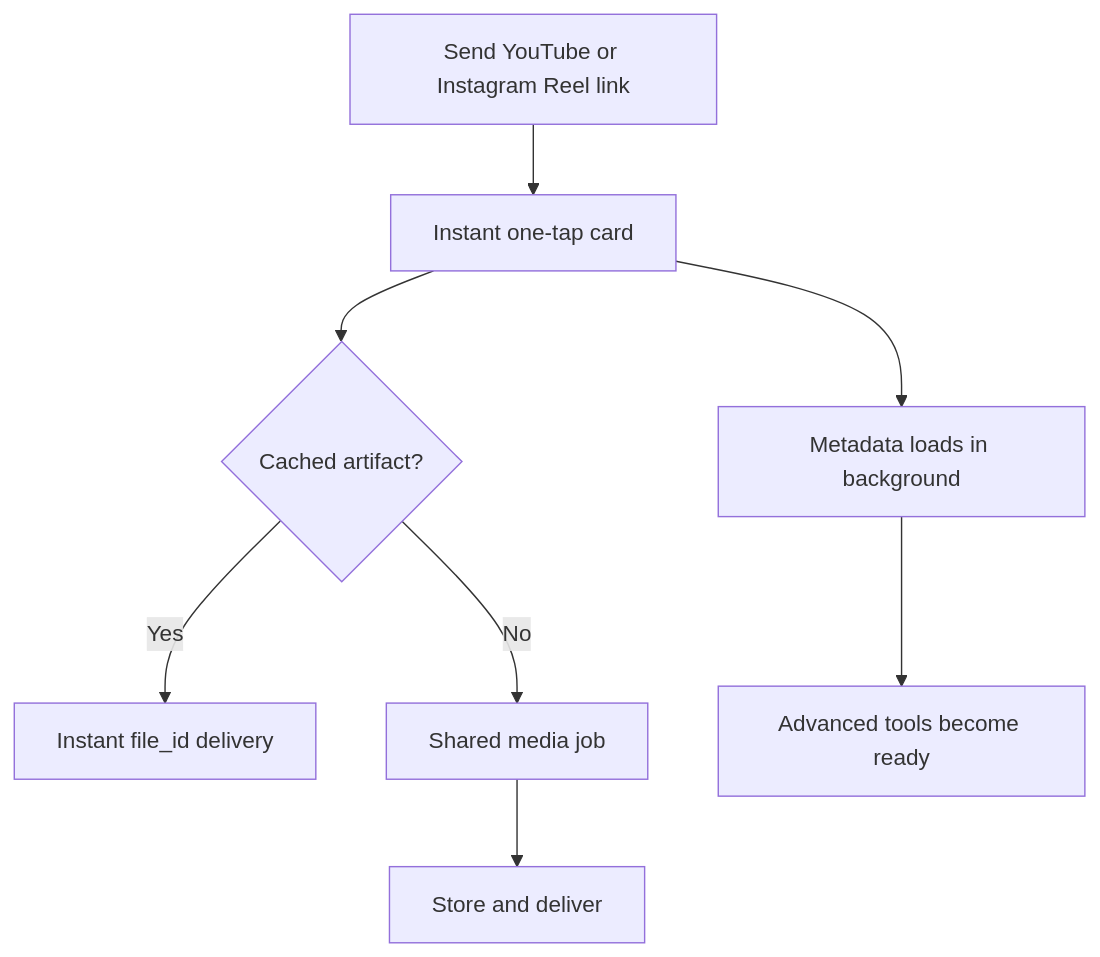
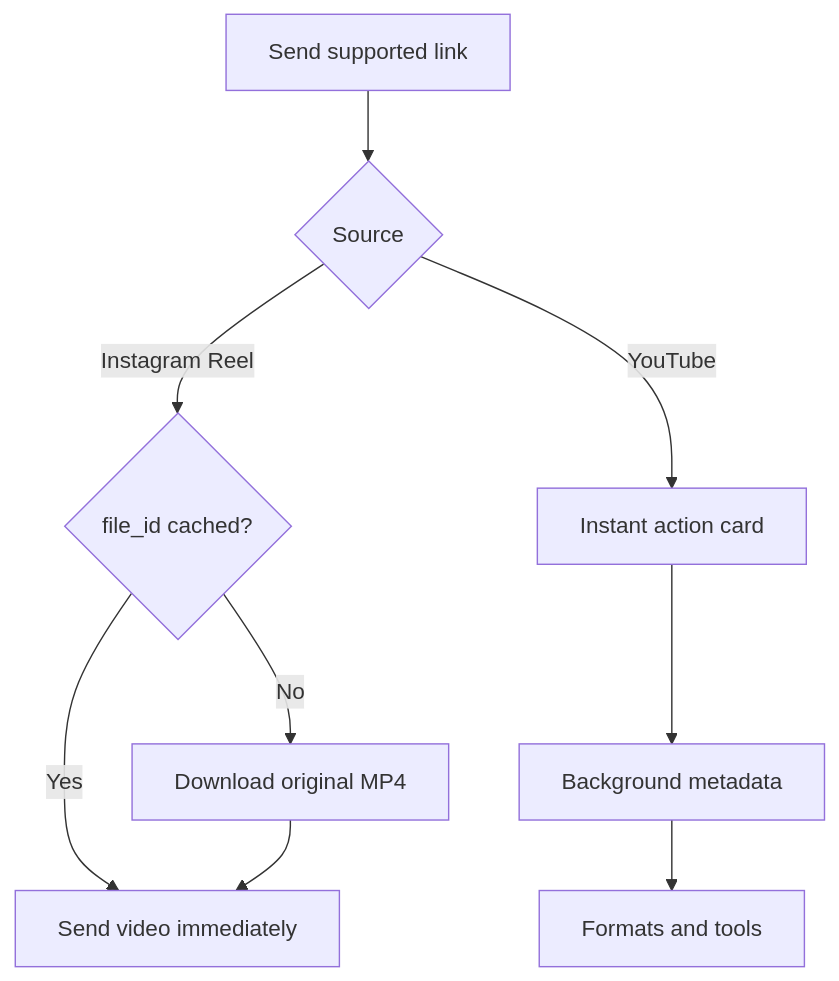
The first of 2 diagrams in README.md (aminov-nurmuhammad/TubeForge-Bot), drawn with Mermaid before and after one commit. The commit also changed other lines of this file and 21 other files, not shown here.

Commit message:
feat: deliver Instagram Reels instantly

````diff
--- a/README.md
+++ b/README.md
@@ -135,10 +137,11 @@
 ```mermaid
 flowchart TD
-    A["Send YouTube or Instagram Reel link"] --> B["Instant one-tap card"]
-    B --> C["Metadata loads in background"]
-    B --> D{"Cached artifact?"}
-    D -->|Yes| E["Instant file_id delivery"]
-    D -->|No| F["Shared media job"]
-    F --> G["Store and deliver"]
-    C --> H["Advanced tools become ready"]
+    A["Send supported link"] --> B{"Source"}
+    B -->|Instagram Reel| C{"file_id cached?"}
+    C -->|Yes| D["Send video immediately"]
+    C -->|No| E["Download original MP4"]
+    E --> D
+    B -->|YouTube| F["Instant action card"]
+    F --> G["Background metadata"]
+    G --> H["Formats and tools"]
 ```
````
